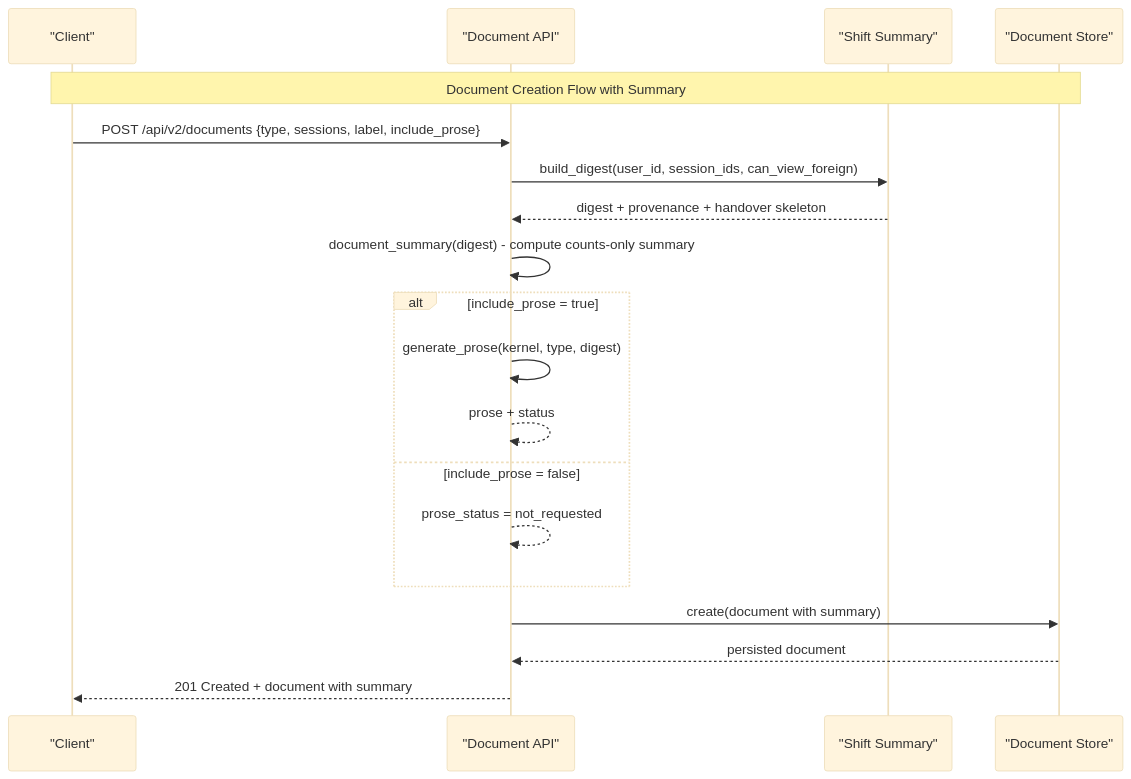
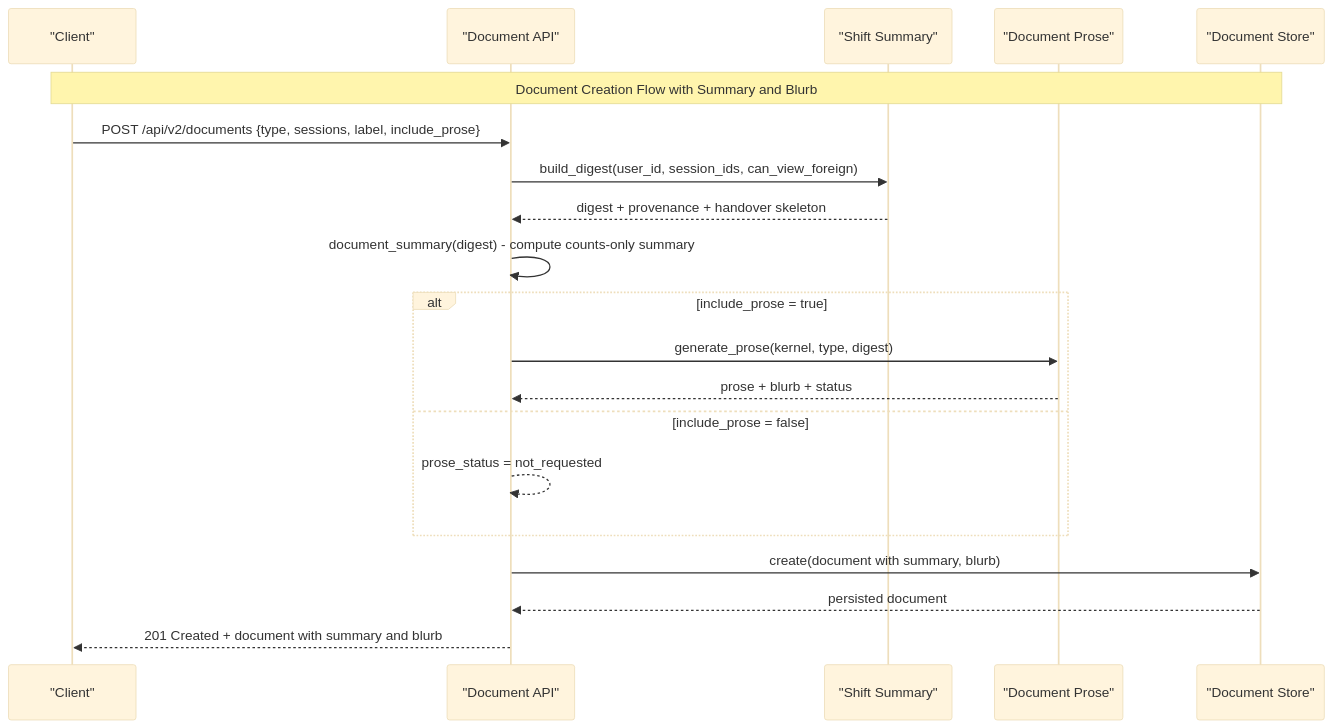
One commit to metasync/luban-aiops changed diagram 23 of 40 in .qoder/repowiki/en/content/Agent Platform Service/Agent Platform Service.md. Above: the diagram before and after it, drawn with Mermaid (base theme). The commit also changed other lines of this file and 22 other files, not shown here.

````diff
--- a/.qoder/repowiki/en/content/Agent Platform Service/Agent Platform Service.md
+++ b/.qoder/repowiki/en/content/Agent Platform Service/Agent Platform Service.md
@@ -1575,21 +1601,22 @@
 ```mermaid
 sequenceDiagram
 participant Client as "Client"
 participant API as "Document API"
 participant ShiftSum as "Shift Summary"
+participant DocProse as "Document Prose"
 participant DocStore as "Document Store"
-Note over Client,DocStore : Document Creation Flow with Summary
+Note over Client,DocStore : Document Creation Flow with Summary and Blurb
 Client->>API : POST /api/v2/documents {type, sessions, label, include_prose}
 API->>ShiftSum : build_digest(user_id, session_ids, can_view_foreign)
 ShiftSum-->>API : digest + provenance + handover skeleton
 API->>API : document_summary(digest) - compute counts-only summary
 alt include_prose = true
-API->>API : generate_prose(kernel, type, digest)
-API-->>API : prose + status
+API->>DocProse : generate_prose(kernel, type, digest)
+DocProse-->>API : prose + blurb + status
 else include_prose = false
 API-->>API : prose_status = not_requested
 end
-API->>DocStore : create(document with summary)
+API->>DocStore : create(document with summary, blurb)
 DocStore-->>API : persisted document
-API-->>Client : 201 Created + document with summary
+API-->>Client : 201 Created + document with summary and blurb
 ```
````
